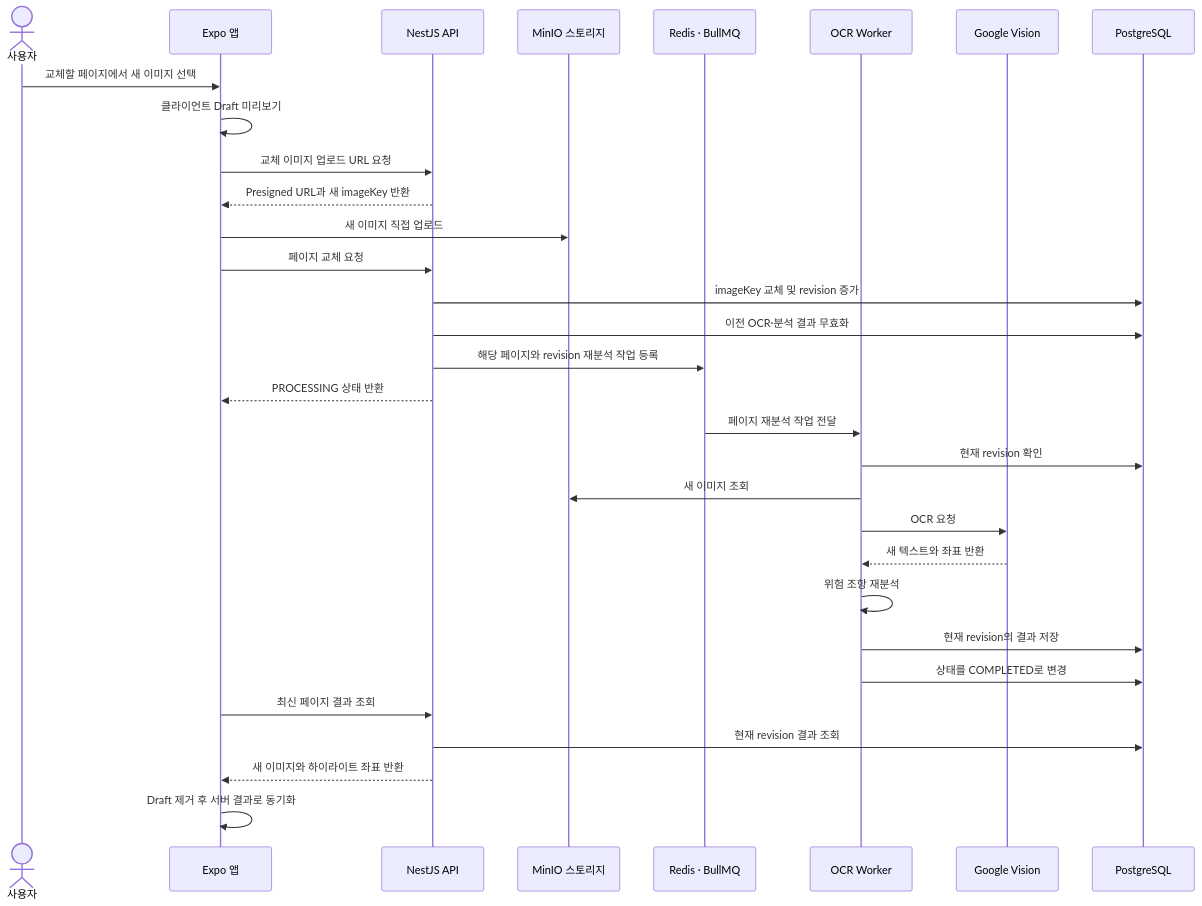
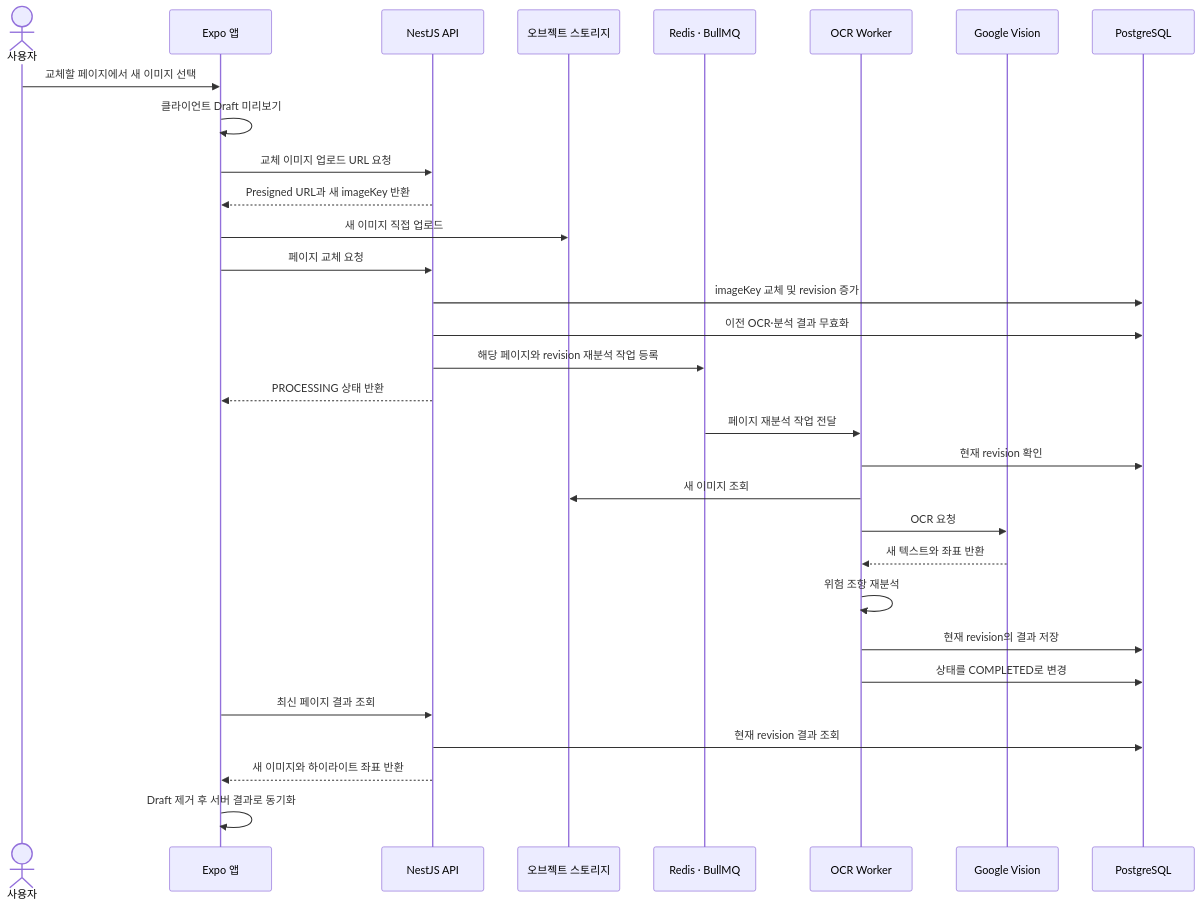
The fourth of 5 diagrams in README.md (kyungchan3007/clause-lens), drawn with Mermaid before and after one commit. The commit also changed other lines of this file and 6 other files, not shown here.

First line of the commit message:
docs: 스토리지 결정 정정 — 프로덕션 Railway Bucket / 로컬 MinIO

````diff
--- a/README.md
+++ b/README.md
@@ -249,34 +249,34 @@
 ```mermaid
 sequenceDiagram
     actor User as 사용자
     participant App as Expo 앱
     participant API as NestJS API
-    participant S3 as MinIO 스토리지
+    participant S3 as 오브젝트 스토리지
     participant Queue as Redis · BullMQ
     participant Worker as OCR Worker
     participant Vision as Google Vision
     participant DB as PostgreSQL
 
     User->>App: 교체할 페이지에서 새 이미지 선택
     App->>App: 클라이언트 Draft 미리보기
     App->>API: 교체 이미지 업로드 URL 요청
     API-->>App: Presigned URL과 새 imageKey 반환
     App->>S3: 새 이미지 직접 업로드
     App->>API: 페이지 교체 요청
     API->>DB: imageKey 교체 및 revision 증가
     API->>DB: 이전 OCR·분석 결과 무효화
     API->>Queue: 해당 페이지와 revision 재분석 작업 등록
     API-->>App: PROCESSING 상태 반환
     Queue->>Worker: 페이지 재분석 작업 전달
     Worker->>DB: 현재 revision 확인
     Worker->>S3: 새 이미지 조회
     Worker->>Vision: OCR 요청
     Vision-->>Worker: 새 텍스트와 좌표 반환
     Worker->>Worker: 위험 조항 재분석
     Worker->>DB: 현재 revision의 결과 저장
     Worker->>DB: 상태를 COMPLETED로 변경
     App->>API: 최신 페이지 결과 조회
     API->>DB: 현재 revision 결과 조회
     API-->>App: 새 이미지와 하이라이트 좌표 반환
     App->>App: Draft 제거 후 서버 결과로 동기화
 ```
````
